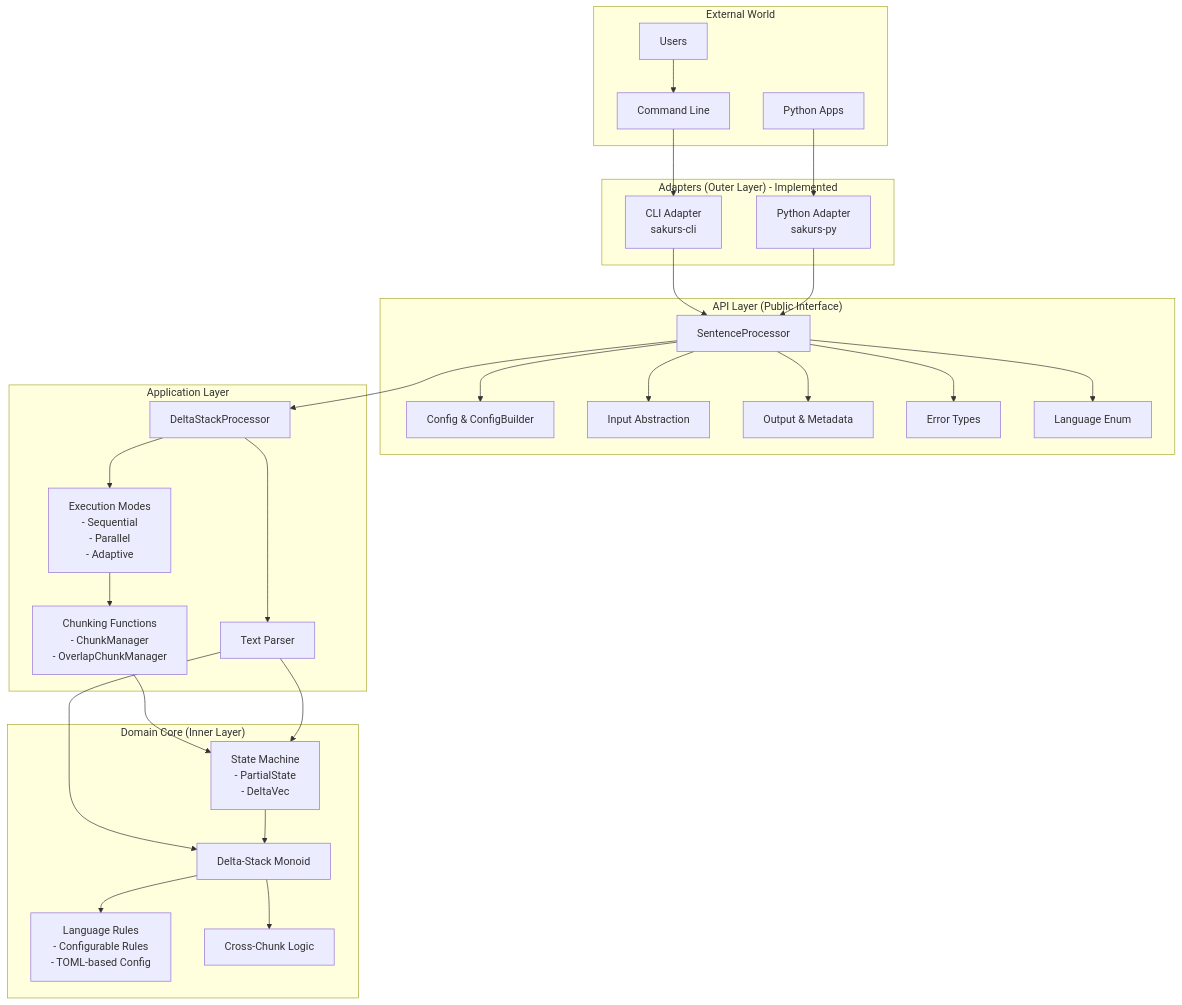
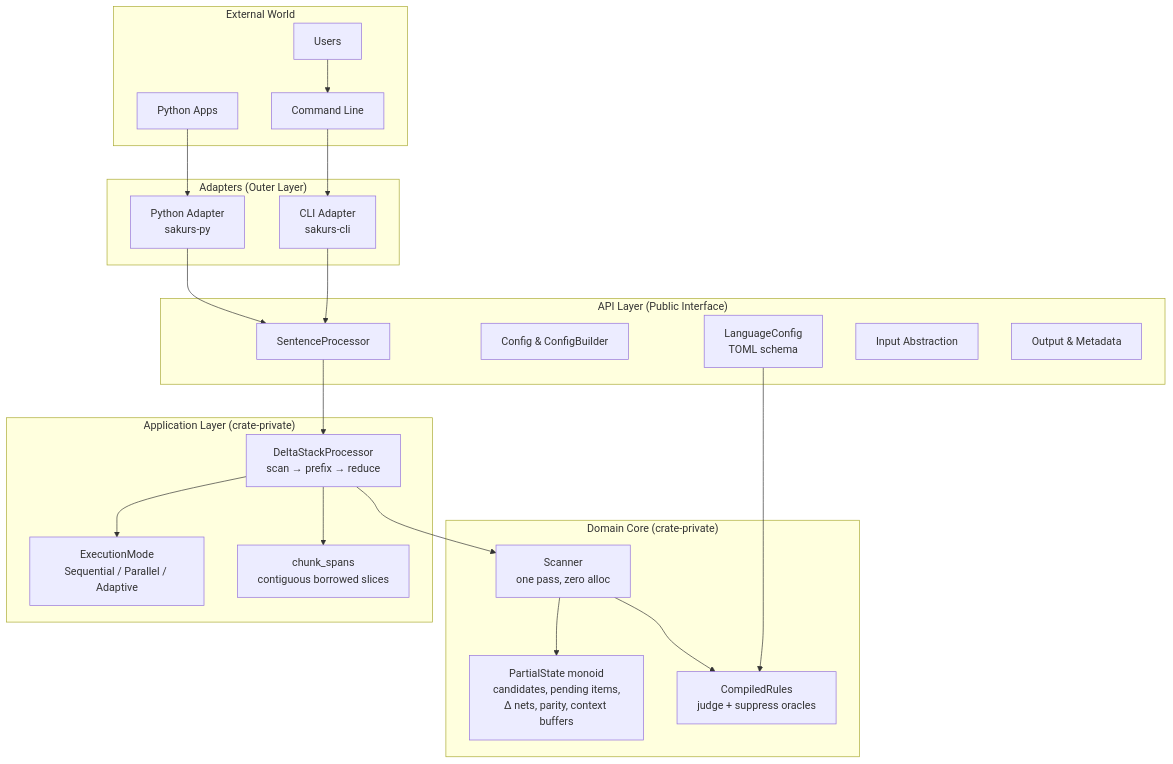
The diagram in docs/ARCHITECTURE.md (sog4be/sakurs), drawn with Mermaid before and after one commit. The commit also changed other lines of this file and 3 other files, not shown here.

First line of the commit message:
docs: refresh performance guide, architecture, and changelog for v0.2.0

````diff
--- a/docs/ARCHITECTURE.md
+++ b/docs/ARCHITECTURE.md
@@ -58,61 +50,48 @@
 ```mermaid
 graph TB
     subgraph "External World"
         USER[Users]
         PY[Python Apps]
         CLI[Command Line]
     end
-    
-    subgraph "Adapters (Outer Layer) - Implemented"
+
+    subgraph "Adapters (Outer Layer)"
         ADP_CLI[CLI Adapter<br/>sakurs-cli]
         ADP_PY[Python Adapter<br/>sakurs-py]
     end
-    
+
     subgraph "API Layer (Public Interface)"
         API[SentenceProcessor]
         CFG[Config & ConfigBuilder]
+        LCFG[LanguageConfig<br/>TOML schema]
         IN[Input Abstraction]
         OUT[Output & Metadata]
-        ERR[Error Types]
-        LANG[Language Enum]
     end
-    
-    subgraph "Application Layer"
-        APP[DeltaStackProcessor]
-        MODE[Execution Modes<br/>- Sequential<br/>- Parallel<br/>- Adaptive]
-        CHUNK[Chunking Functions<br/>- ChunkManager<br/>- OverlapChunkManager]
-        PARSER[Text Parser]
+
+    subgraph "Application Layer (crate-private)"
+        APP[DeltaStackProcessor<br/>scan → prefix → reduce]
+        MODE[ExecutionMode<br/>Sequential / Parallel / Adaptive]
+        CHUNK[chunk_spans<br/>contiguous borrowed slices]
     end
-    
-    subgraph "Domain Core (Inner Layer)"
-        ALGO[Delta-Stack Monoid]
-        RULES[Language Rules<br/>- Configurable Rules<br/>- TOML-based Config]
-        STATE[State Machine<br/>- PartialState<br/>- DeltaVec]
-        CROSS[Cross-Chunk Logic]
+
+    subgraph "Domain Core (crate-private)"
+        STATE[PartialState monoid<br/>candidates, pending items,<br/>Δ nets, parity, context buffers]
+        SCAN[Scanner<br/>one pass, zero alloc]
+        RULES[CompiledRules<br/>judge + suppress oracles]
     end
-    
+
     USER --> CLI
     CLI --> ADP_CLI
     PY --> ADP_PY
-    
+
     ADP_CLI --> API
     ADP_PY --> API
-    
-    API --> CFG
-    API --> IN
-    API --> OUT
-    API --> ERR
-    API --> LANG
+
     API --> APP
-    
     APP --> MODE
-    APP --> PARSER
-    MODE --> CHUNK
-    PARSER --> ALGO
-    
-    CHUNK --> STATE
-    PARSER --> STATE
-    STATE --> ALGO
-    ALGO --> RULES
-    ALGO --> CROSS
+    APP --> CHUNK
+    APP --> SCAN
+    SCAN --> STATE
+    SCAN --> RULES
+    LCFG --> RULES
 ```
````
